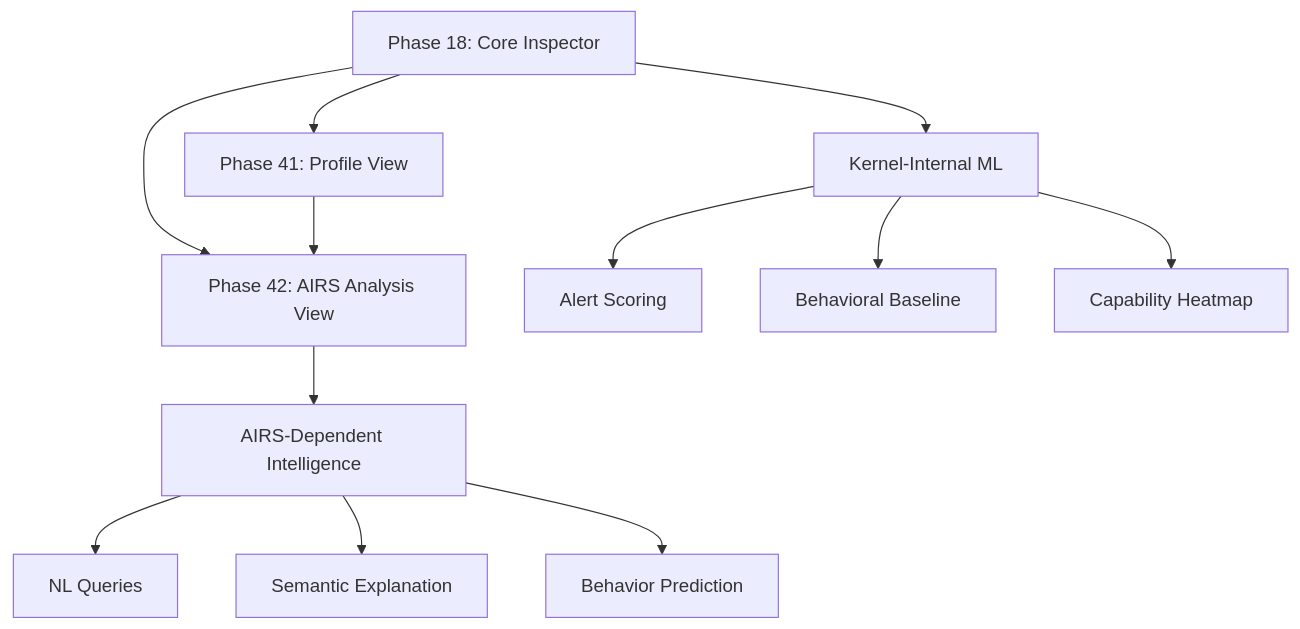
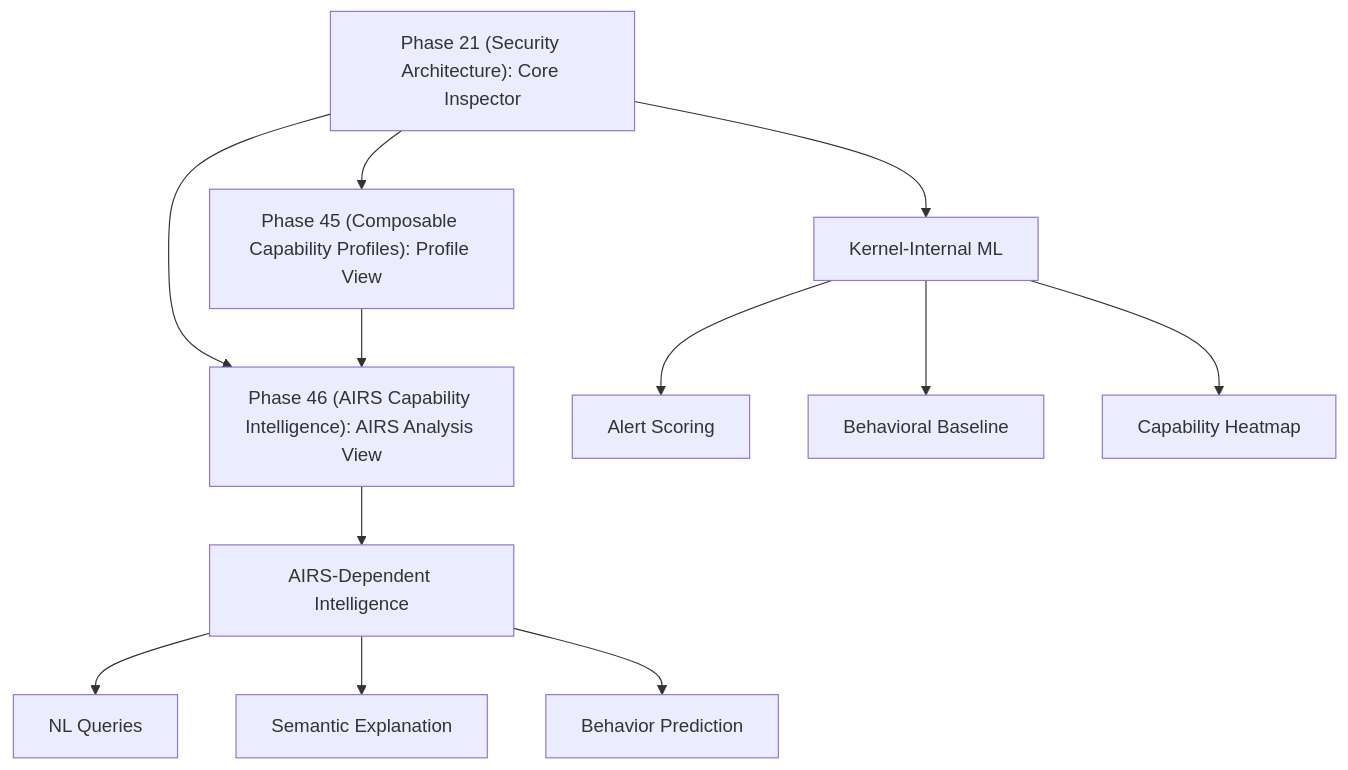
One commit to juslee/aios changed the diagram in docs/applications/inspector.md. Above: the diagram before and after it, drawn with Mermaid. The commit also changed other lines of this file and 61 other files, not shown here.

First line of the commit message:
docs: resolve the owner-decided #184 architecture-doc inconsistencies (#225)

````diff
--- a/docs/applications/inspector.md
+++ b/docs/applications/inspector.md
@@ -104,14 +104,14 @@
 ```mermaid
 graph TD
-    A[Phase 18: Core Inspector] --> B[Phase 41: Profile View]
-    A --> C[Phase 42: AIRS Analysis View]
+    A["Phase 21 (Security Architecture): Core Inspector"] --> B["Phase 45 (Composable Capability Profiles): Profile View"]
+    A --> C["Phase 46 (AIRS Capability Intelligence): AIRS Analysis View"]
     B --> C
     A --> D[Kernel-Internal ML]
     D --> E[Alert Scoring]
     D --> F[Behavioral Baseline]
     D --> G[Capability Heatmap]
     C --> H[AIRS-Dependent Intelligence]
     H --> I[NL Queries]
     H --> J[Semantic Explanation]
     H --> K[Behavior Prediction]
 ```
````
